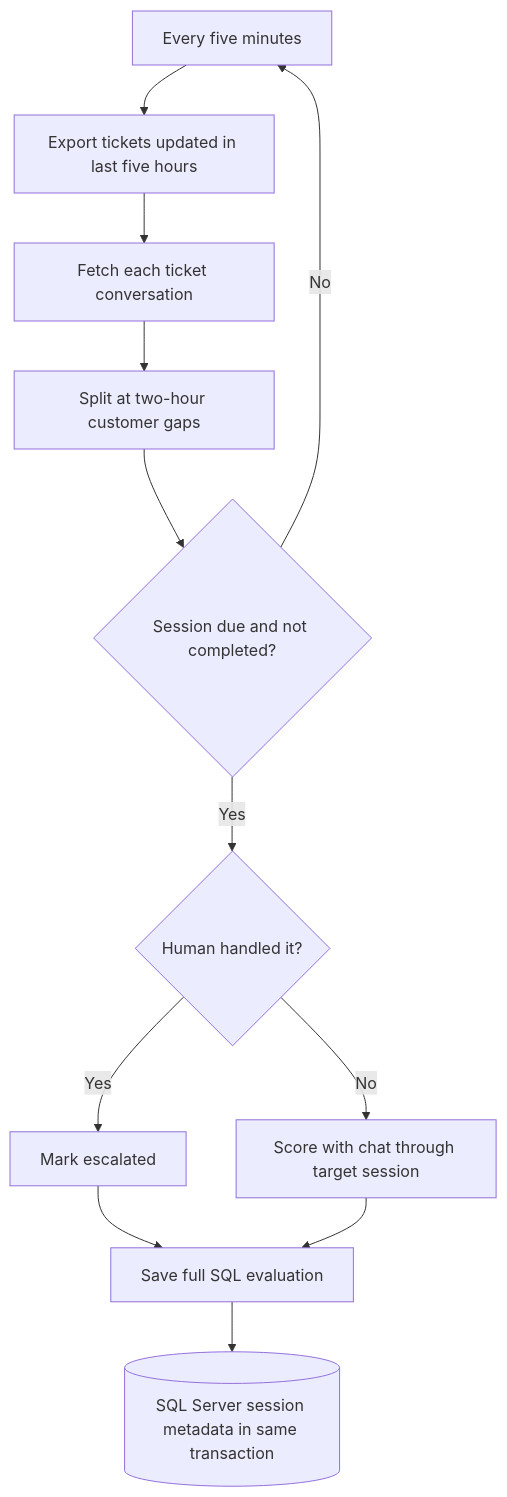
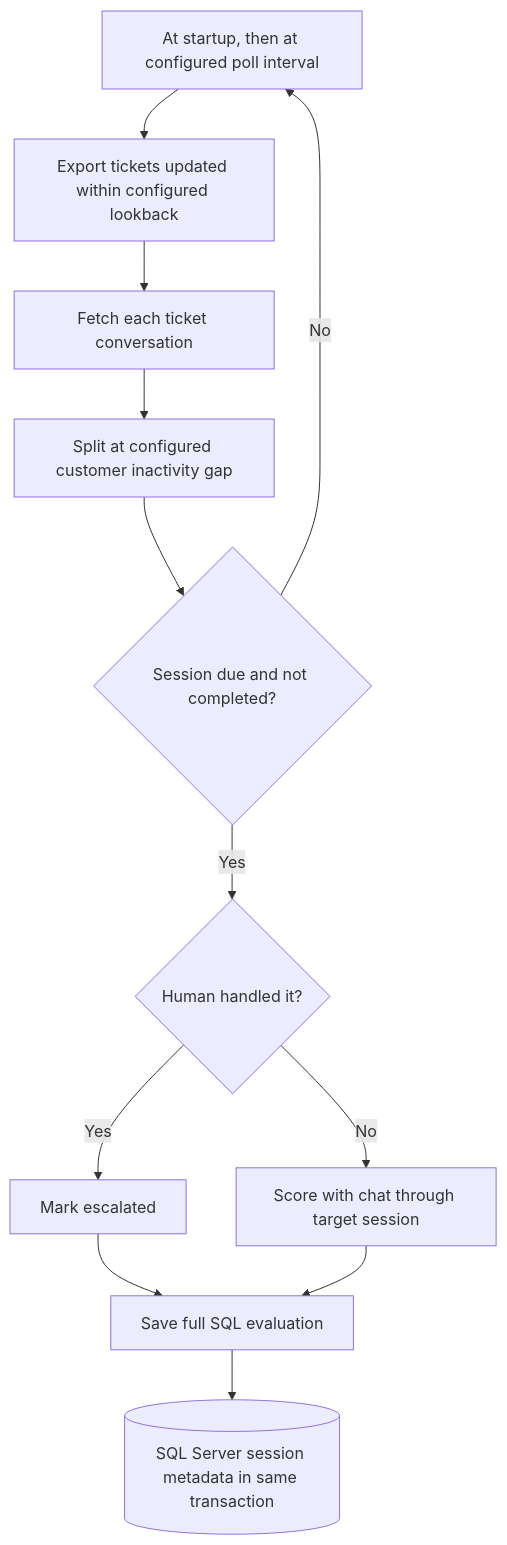
The eighth of 10 diagrams in docs/FLOWS.md (iadarshrawat/zendesk-chat-bot), drawn with Mermaid before and after one commit. The commit also changed other lines of this file and 13 other files, not shown here.

````diff
--- a/docs/FLOWS.md
+++ b/docs/FLOWS.md
@@ -123,14 +123,14 @@
 ```mermaid
 flowchart TD
-    A[Every five minutes] --> B[Export tickets updated in last five hours]
+    A[At startup, then at configured poll interval] --> B[Export tickets updated within configured lookback]
     B --> C[Fetch each ticket conversation]
-    C --> D[Split at two-hour customer gaps]
+    C --> D[Split at configured customer inactivity gap]
     D --> E{Session due and not completed?}
     E -- No --> A
     E -- Yes --> F{Human handled it?}
     F -- Yes --> G[Mark escalated]
     F -- No --> H[Score with chat through target session]
     G --> I[Save full SQL evaluation]
     H --> I
     I --> J[(SQL Server session metadata in same transaction)]
 ```
````
